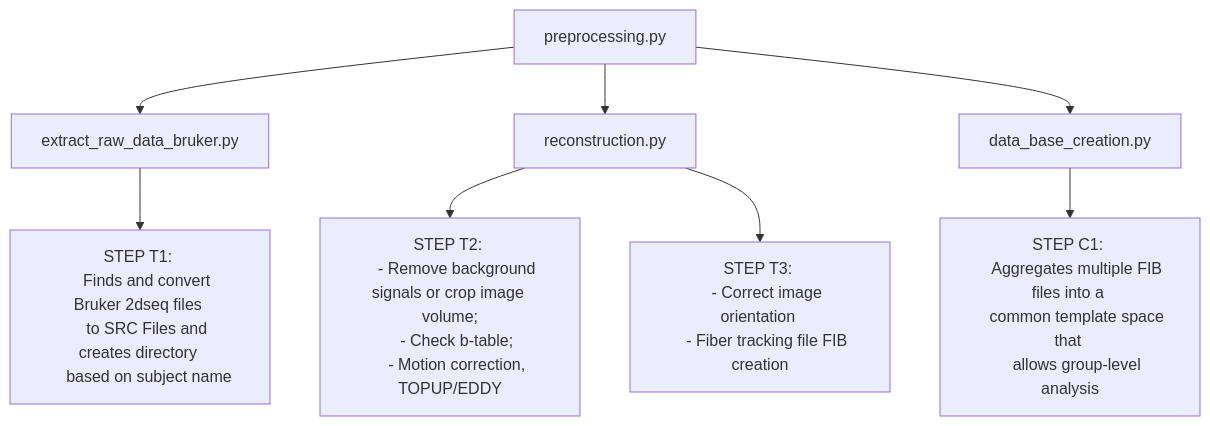
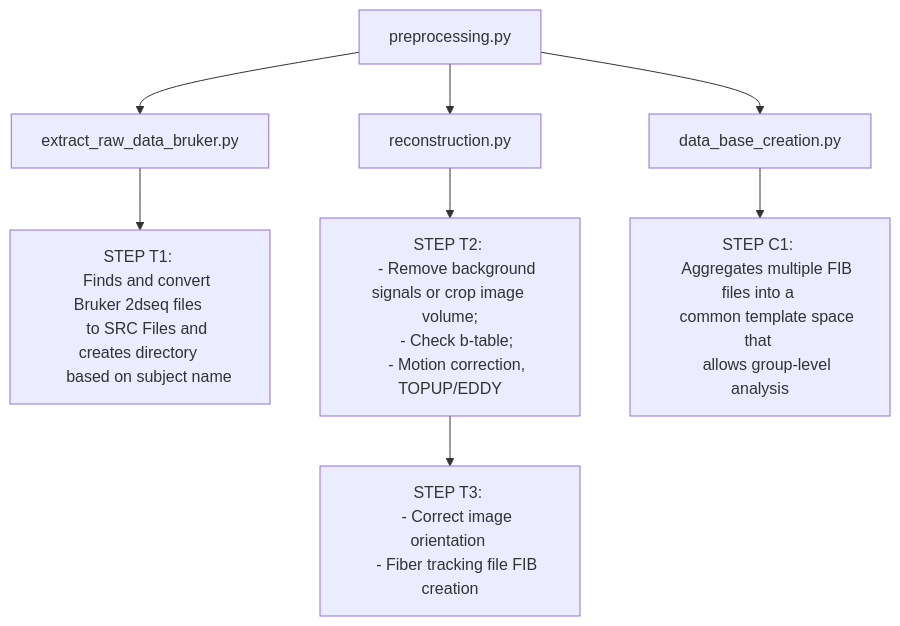
The first of 2 diagrams in README.md (ut-klab-ygroup/mri-dsi-studio-scripts), drawn with Mermaid before and after one commit.

````diff
--- a/README.md
+++ b/README.md
@@ -22,24 +22,24 @@
 ```mermaid
 graph TD;
     A[preprocessing.py] --> B[extract_raw_data_bruker.py]
     A --> C[reconstruction.py]
     A --> D[data_base_creation.py]
 
     B --> B1[STEP T1: 
     Finds and convert Bruker 2dseq files 
     to SRC Files and creates directory 
     based on subject name]
     C --> C1[STEP T2: 
     - Remove background signals or crop image volume;
     - Check b-table; 
     - Motion correction, TOPUP/EDDY]
 
-    C --> C2[STEP T3: 
+    C1 --> C2[STEP T3: 
     - Correct image orientation 
     - Fiber tracking file FIB creation]
 
     D --> D1[STEP C1: 
     Aggregates multiple FIB files into a 
     common template space that 
     allows group-level analysis]
 ```
````
